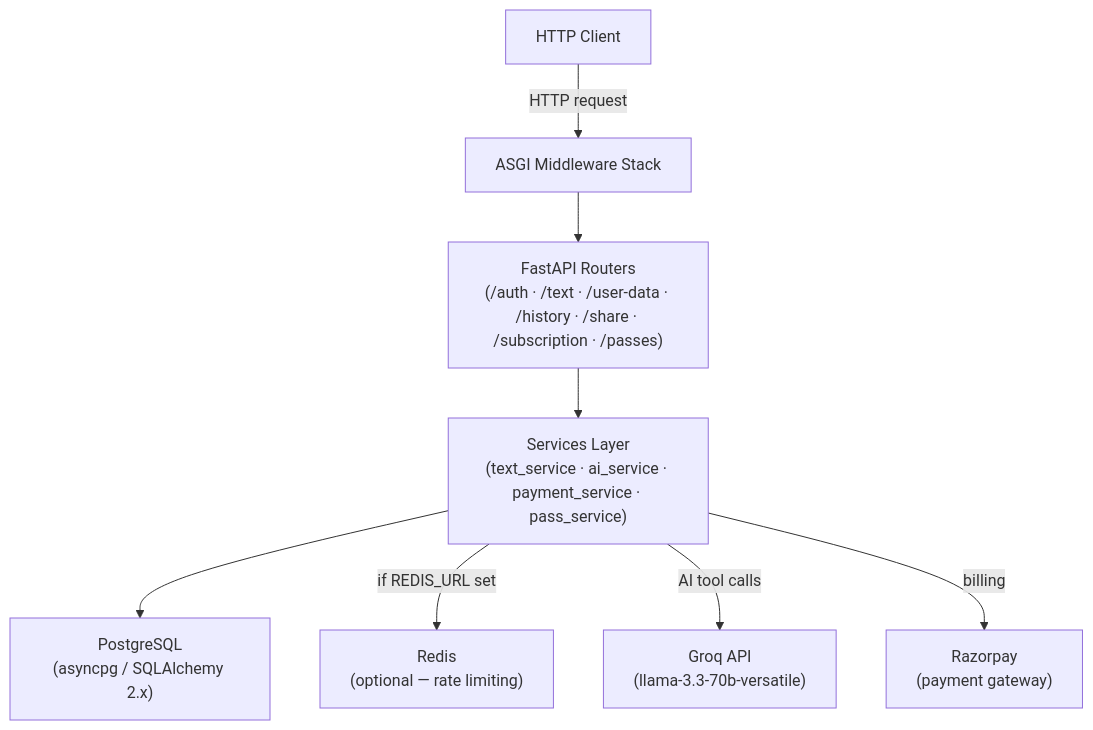
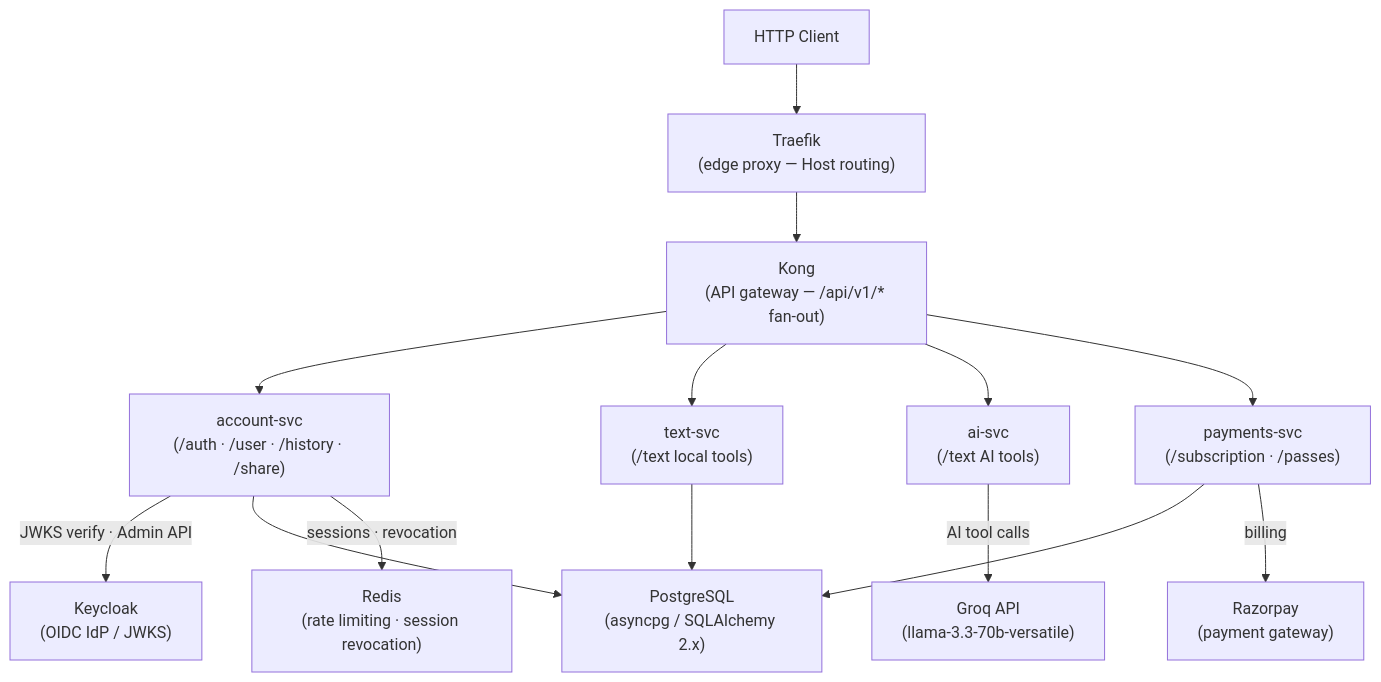
Before and after one commit to VeloBits/fixmytext-backend: the diagram in docs/architecture.md, drawn with Mermaid. The commit also changed other lines of this file and 7 other files, not shown here.

Commit message:
feat: update documentation for Keycloak integration, service account provisioning, and API changes

````diff
--- a/docs/architecture.md
+++ b/docs/architecture.md
@@ -7,19 +11,28 @@
 ```mermaid
 graph TD
     Client["HTTP Client"]
-    Middleware["ASGI Middleware Stack"]
-    Routers["FastAPI Routers\n(/auth · /text · /user-data · /history · /share · /subscription · /passes)"]
-    Services["Services Layer\n(text_service · ai_service · payment_service · pass_service)"]
+    Traefik["Traefik\n(edge proxy — Host routing)"]
+    Kong["Kong\n(API gateway — /api/v1/* fan-out)"]
+    Account["account-svc\n(/auth · /user · /history · /share)"]
+    Text["text-svc\n(/text local tools)"]
+    AI["ai-svc\n(/text AI tools)"]
+    Payments["payments-svc\n(/subscription · /passes)"]
+    Keycloak["Keycloak\n(OIDC IdP / JWKS)"]
     DB["PostgreSQL\n(asyncpg / SQLAlchemy 2.x)"]
-    Redis["Redis\n(optional — rate limiting)"]
+    Redis["Redis\n(rate limiting · session revocation)"]
     Groq["Groq API\n(llama-3.3-70b-versatile)"]
     Razorpay["Razorpay\n(payment gateway)"]
 
-    Client -->|"HTTP request"| Middleware
-    Middleware --> Routers
-    Routers --> Services
-    Services --> DB
-    Services -->|"if REDIS_URL set"| Redis
-    Services -->|"AI tool calls"| Groq
-    Services -->|"billing"| Razorpay
+    Client --> Traefik --> Kong
+    Kong --> Account
+    Kong --> Text
+    Kong --> AI
+    Kong --> Payments
+    Account -->|"JWKS verify · Admin API"| Keycloak
+    Account --> DB
+    Account -->|"sessions · revocation"| Redis
+    Payments --> DB
+    Payments -->|"billing"| Razorpay
+    Text --> DB
+    AI -->|"AI tool calls"| Groq
 ```
````
